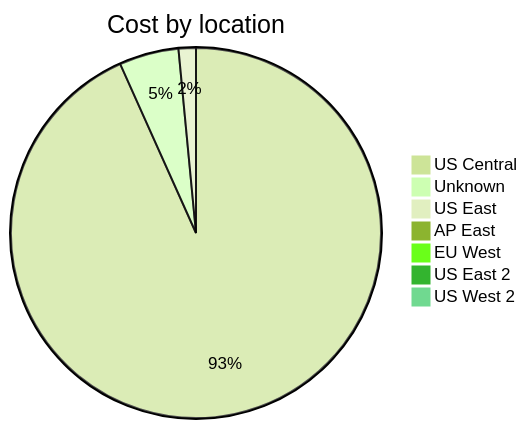
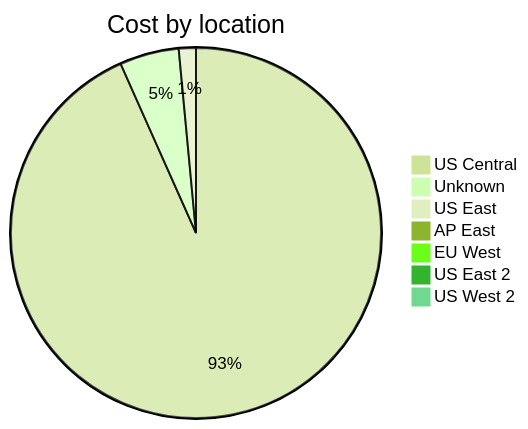
The third of 4 diagrams in cost-reports/accumulated-cost.md (jpfulton/azure-personal-reports), drawn with Mermaid (forest theme) before and after one commit. The commit also changed other lines of this file and 4 other files, not shown here.

````diff
--- a/cost-reports/accumulated-cost.md
+++ b/cost-reports/accumulated-cost.md
@@ -123,11 +123,11 @@
 ```mermaid
 pie
    title Cost by location
-   "US Central" : 9.87
-   "Unknown" : 0.55
-   "US East" : 0.16
+   "US Central" : 10.63
+   "Unknown" : 0.59
+   "US East" : 0.17
    "AP East" : 0.00
    "EU West" : 0.00
    "US East 2" : 0.00
    "US West 2" : 0.00
 ```
````
